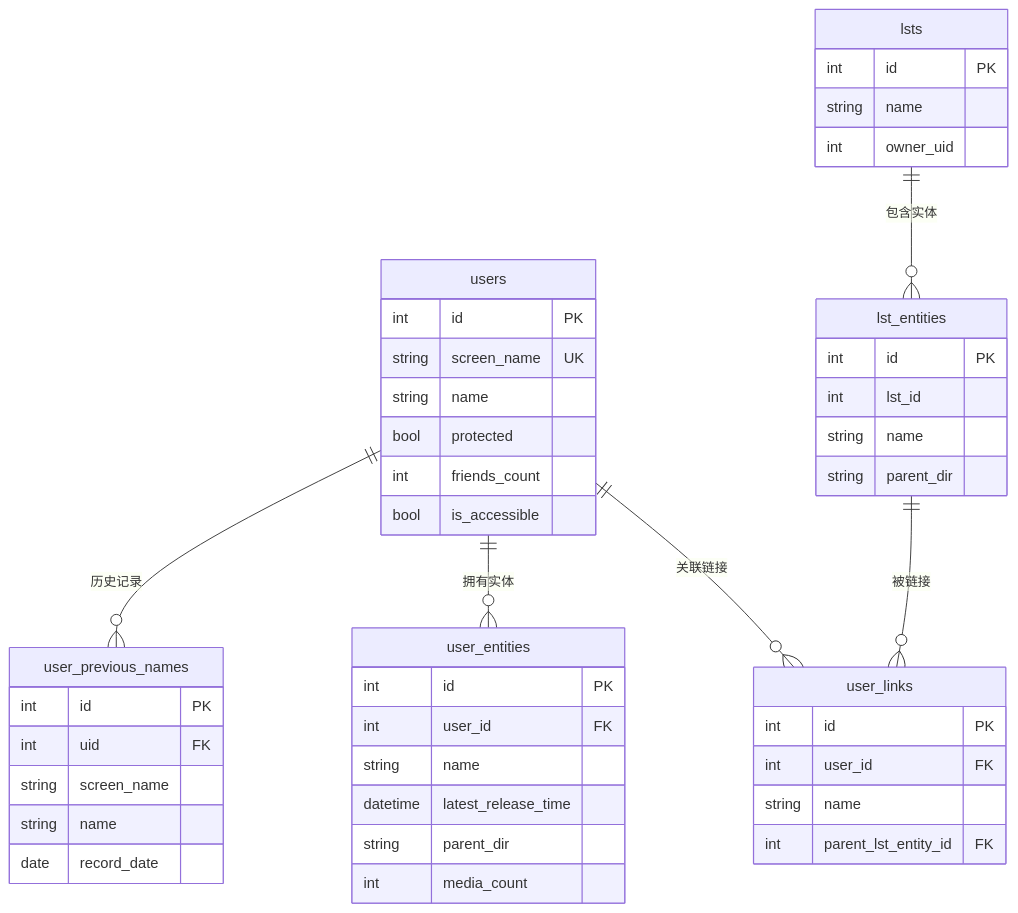
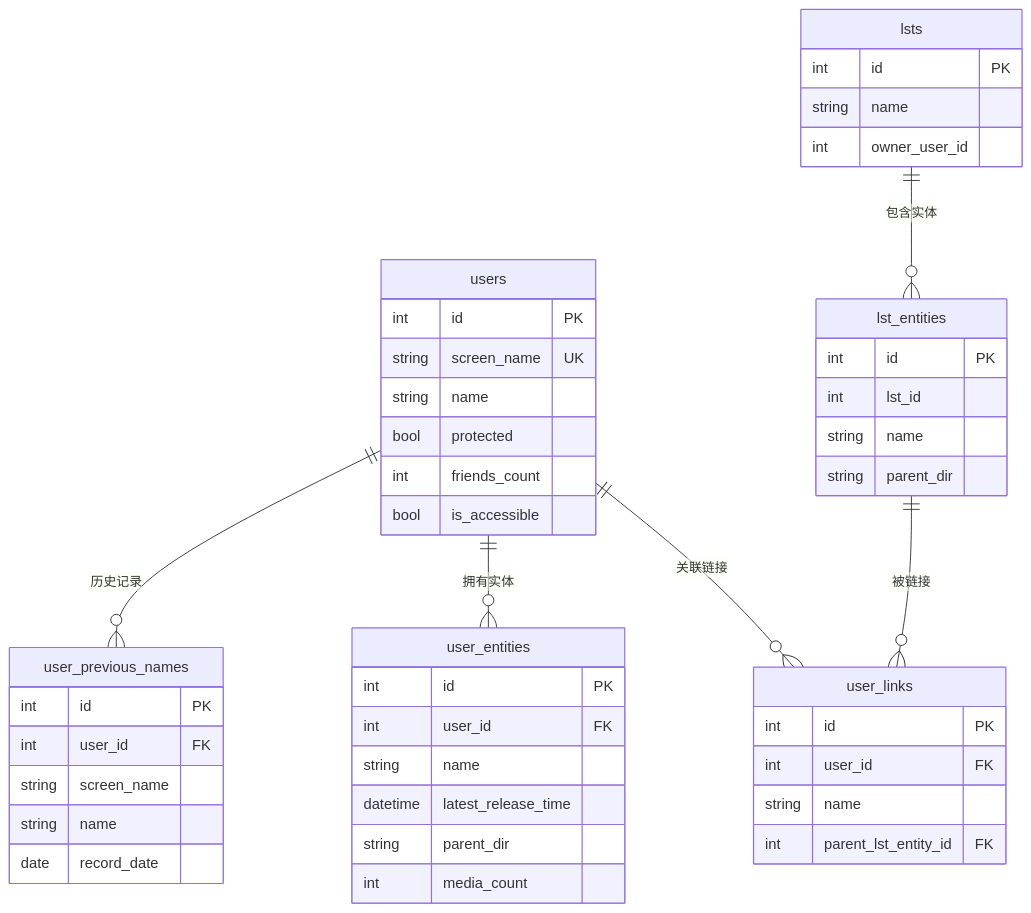
Before and after one commit to unkmonster/tmd: the first of 4 diagrams in doc/foo.db 技术文档.md, drawn with Mermaid. The commit also changed other lines of this file and 8 other files, not shown here.

````diff
--- a/doc/foo.db 技术文档.md
+++ b/doc/foo.db 技术文档.md
@@ -255,54 +261,54 @@
 ```mermaid
 erDiagram
     users ||--o{ user_previous_names : "历史记录"
     users ||--o{ user_entities : "拥有实体"
     users ||--o{ user_links : "关联链接"
     lsts ||--o{ lst_entities : "包含实体"
     lst_entities ||--o{ user_links : "被链接"
     
     users {
         int id PK
         string screen_name UK
         string name
         bool protected
         int friends_count
         bool is_accessible
     }
     
     user_previous_names {
         int id PK
-        int uid FK
+        int user_id FK
         string screen_name
         string name
         date record_date
     }
     
     lsts {
         int id PK
         string name
-        int owner_uid
+        int owner_user_id
     }
     
     lst_entities {
         int id PK
         int lst_id
         string name
         string parent_dir
     }
     
     user_entities {
         int id PK
         int user_id FK
         string name
         datetime latest_release_time
         string parent_dir
         int media_count
     }
     
     user_links {
         int id PK
         int user_id FK
         string name
         int parent_lst_entity_id FK
     }
 ```
````
